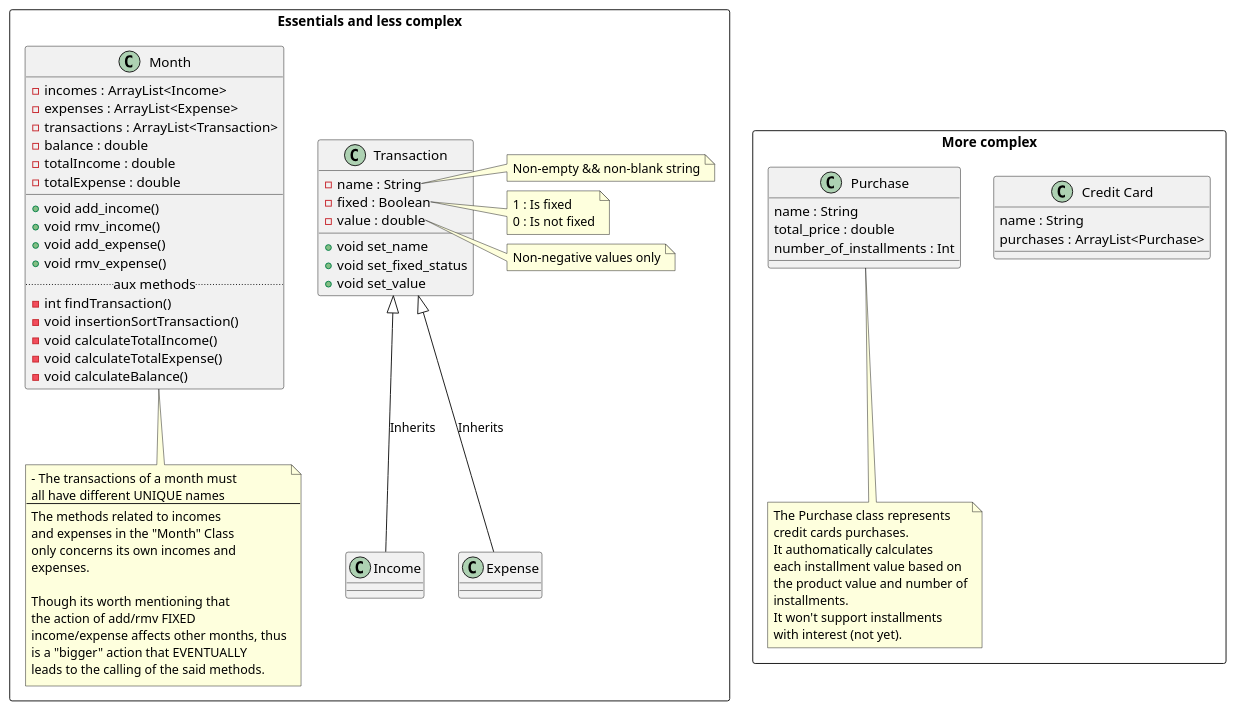
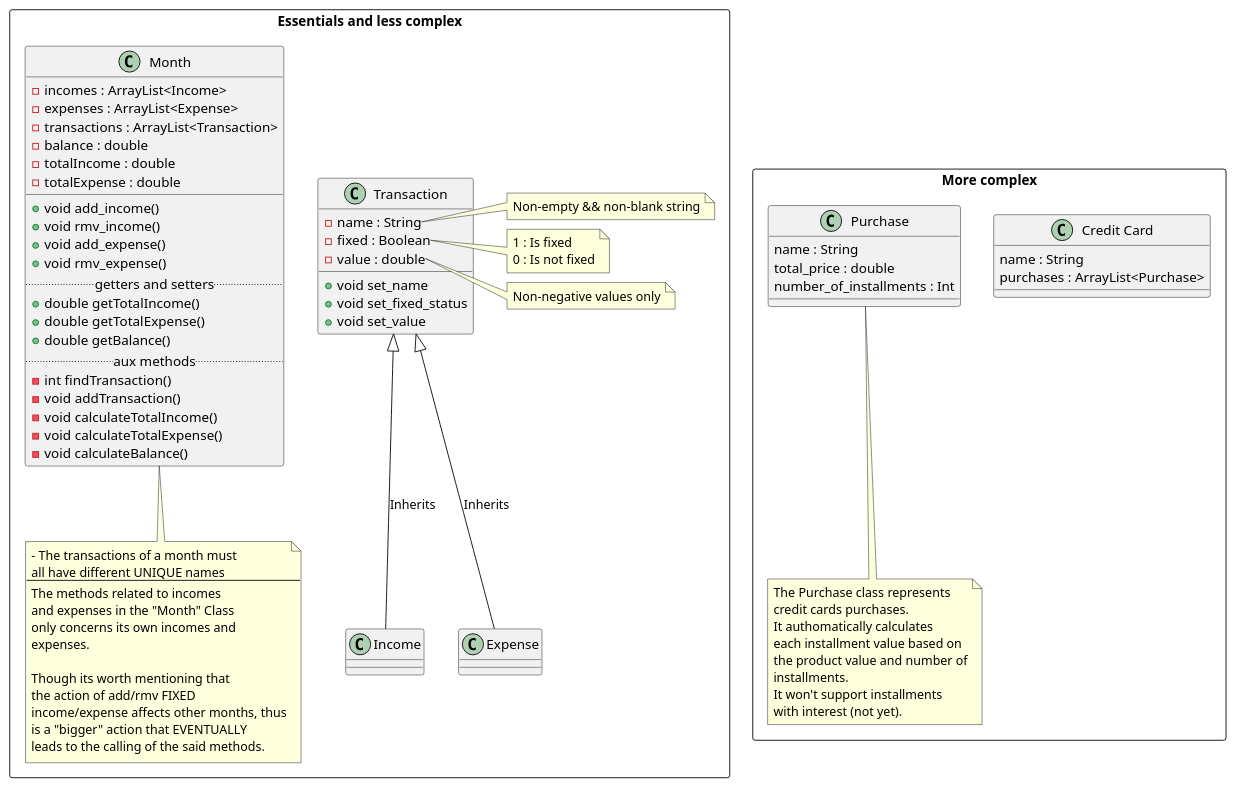
The diagram in modelling/ModelPackage.plantuml (sarehicy/Planner-Financeiro), drawn with PlantUML before and after one commit. The commit also changed 1 other file, not shown here.

Commit message:
docs: updated uml file to match the actual code

```diff
--- a/modelling/ModelPackage.plantuml
+++ b/modelling/ModelPackage.plantuml
@@ -1,97 +1,101 @@
 @startuml Model Package Class Diagram
 
 top to bottom direction
 
 rectangle "Essentials and less complex"{
 
     class "Transaction"{
         {field} - name : String
         {field} - fixed : Boolean
         {field} - value : double
 
         {method} + void set_name
         {method} + void set_fixed_status
         {method} + void set_value
     }
 
     note right of Transaction::name
         Non-empty && non-blank string
     end note
     note right of Transaction::fixed
         1 : Is fixed
         0 : Is not fixed
     end note 
     note right of Transaction::value
         Non-negative values only
     end note 
 
     class "Income"
     class "Expense"
 
     Transaction <|-- Income : Inherits
     Transaction <|-- Expense : Inherits
 
     
     class "Month"{
         {field} - incomes : ArrayList<Income>
         {field} - expenses : ArrayList<Expense>
         {field} - transactions : ArrayList<Transaction>
         {field} - balance : double
         {field} - totalIncome : double
         {field} - totalExpense : double
         __
         {method} + void add_income()
         {method} + void rmv_income()
         {method} + void add_expense()
         {method} + void rmv_expense()
+        .. getters and setters ..
+        {method} + double getTotalIncome()
+        {method} + double getTotalExpense()
+        {method} + double getBalance()
         .. aux methods ..
         {method} - int findTransaction()
-        {method} - void insertionSortTransaction()
+        {method} - void addTransaction()
         {method} - void calculateTotalIncome()
         {method} - void calculateTotalExpense()
         {method} - void calculateBalance()
     }
 
     note bottom of "Month"
         - The transactions of a month must
         all have different UNIQUE names
         ---
         The methods related to incomes 
         and expenses in the "Month" Class
         only concerns its own incomes and
         expenses.
 
         Though its worth mentioning that
         the action of add/rmv FIXED
         income/expense affects other months, thus
         is a "bigger" action that EVENTUALLY
         leads to the calling of the said methods.
     end note 
 }
 
 rectangle "More complex"{
     class "Credit Card"{
         {field} name : String
         {field} purchases : ArrayList<Purchase>
     }
 
     class "Purchase"{
         {field} name : String
         {field} total_price : double
         {field} number_of_installments : Int
     }
 
     note bottom of "Purchase"
         The Purchase class represents
         credit cards purchases.
         It authomatically calculates 
         each installment value based on
         the product value and number of
         installments.
         It won't support installments
         with interest (not yet).
     end note 
 }
 
 
 @enduml
```
